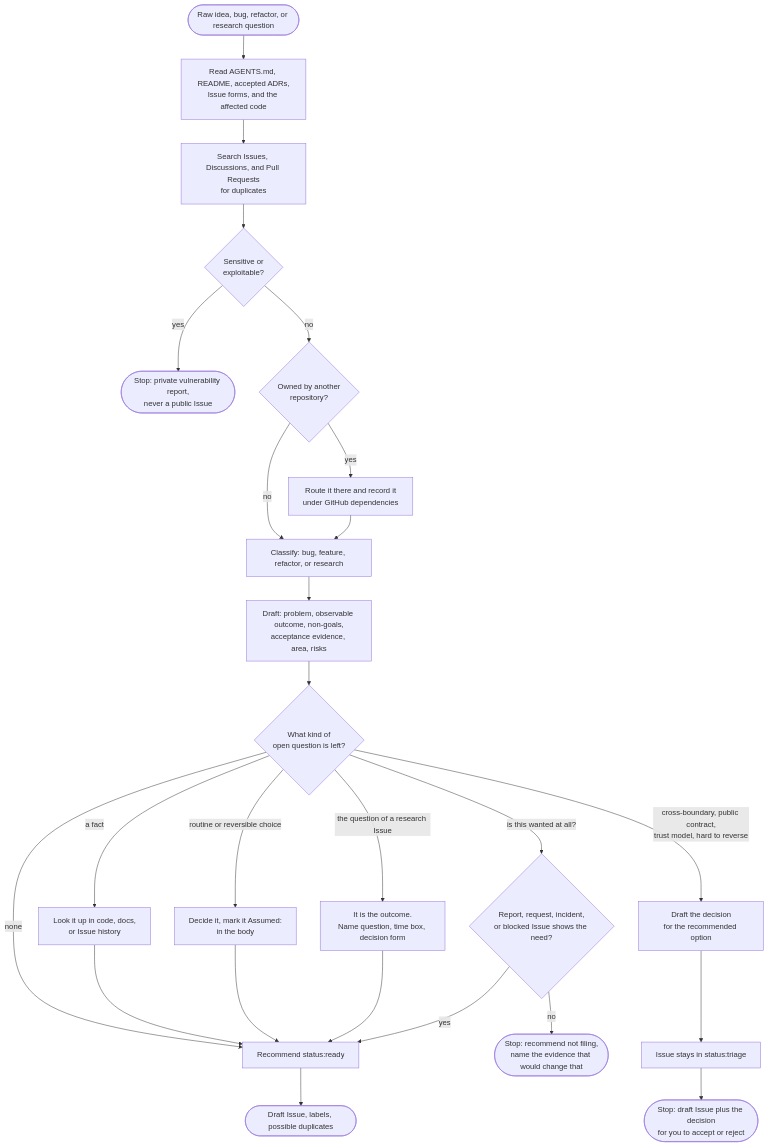
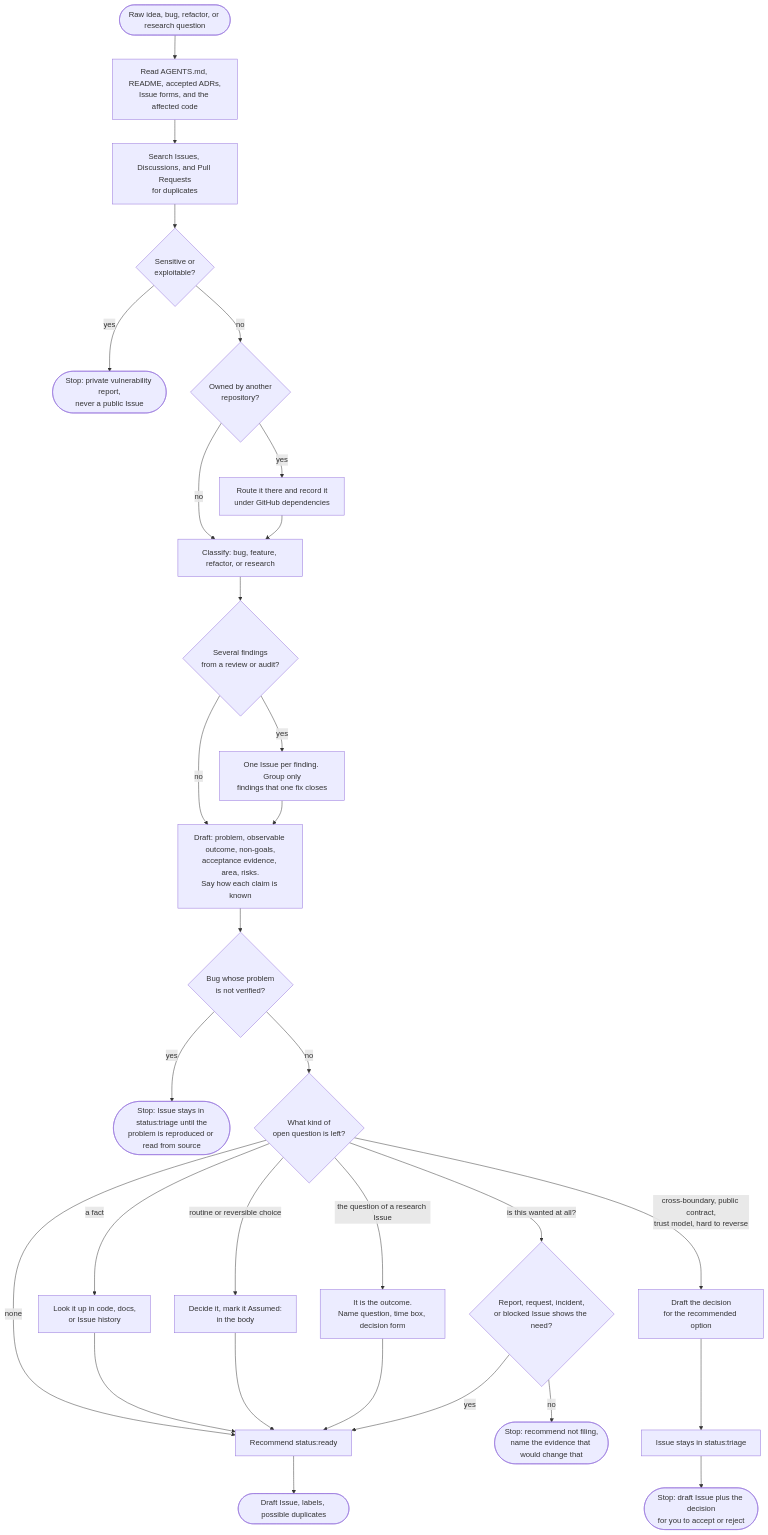
One commit to Sannrox/agent-kit changed the third of 20 diagrams in docs/skill-flows.md. Above: the diagram before and after it, drawn with Mermaid. The commit also changed other lines of this file and 4 other files, not shown here.

First line of the commit message:
docs(skills): say how claims are known, when a rule may be added, and one finding per Issue (#61)

````diff
--- a/docs/skill-flows.md
+++ b/docs/skill-flows.md
@@ -61,27 +61,32 @@
 ```mermaid
 flowchart TD
     start(["Raw idea, bug, refactor, or research question"]) --> read["Read AGENTS.md, README, accepted ADRs,<br/>Issue forms, and the affected code"]
     read --> dup["Search Issues, Discussions, and Pull Requests<br/>for duplicates"]
     dup --> sens{"Sensitive or<br/>exploitable?"}
     sens -->|"yes"| vuln(["Stop: private vulnerability report,<br/>never a public Issue"])
     sens -->|"no"| owner{"Owned by another<br/>repository?"}
     owner -->|"yes"| route["Route it there and record it<br/>under GitHub dependencies"]
     owner -->|"no"| classify
     route --> classify["Classify: bug, feature, refactor, or research"]
-    classify --> draft["Draft: problem, observable outcome, non-goals,<br/>acceptance evidence, area, risks"]
-    draft --> kind{"What kind of<br/>open question is left?"}
+    classify --> many{"Several findings<br/>from a review or audit?"}
+    many -->|"yes"| split["One Issue per finding. Group only<br/>findings that one fix closes"]
+    many -->|"no"| draft
+    split --> draft["Draft: problem, observable outcome, non-goals,<br/>acceptance evidence, area, risks.<br/>Say how each claim is known"]
+    draft --> known{"Bug whose problem<br/>is not verified?"}
+    known -->|"yes"| unverified(["Stop: Issue stays in status:triage until the<br/>problem is reproduced or read from source"])
+    known -->|"no"| kind{"What kind of<br/>open question is left?"}
     kind -->|"none"| ready["Recommend status:ready"]
     kind -->|"a fact"| lookup["Look it up in code, docs,<br/>or Issue history"]
     kind -->|"routine or reversible choice"| assume["Decide it, mark it Assumed:<br/>in the body"]
     kind -->|"the question of a research Issue"| research["It is the outcome.<br/>Name question, time box, decision form"]
     kind -->|"is this wanted at all?"| need{"Report, request, incident,<br/>or blocked Issue shows the need?"}
     kind -->|"cross-boundary, public contract,<br/>trust model, hard to reverse"| decision["Draft the decision<br/>for the recommended option"]
     lookup --> ready
     assume --> ready
     research --> ready
     need -->|"yes"| ready
     need -->|"no"| nofile(["Stop: recommend not filing,<br/>name the evidence that would change that"])
     decision --> triage["Issue stays in status:triage"]
     ready --> out(["Draft Issue, labels, possible duplicates"])
     triage --> blocked(["Stop: draft Issue plus the decision<br/>for you to accept or reject"])
 ```
````
